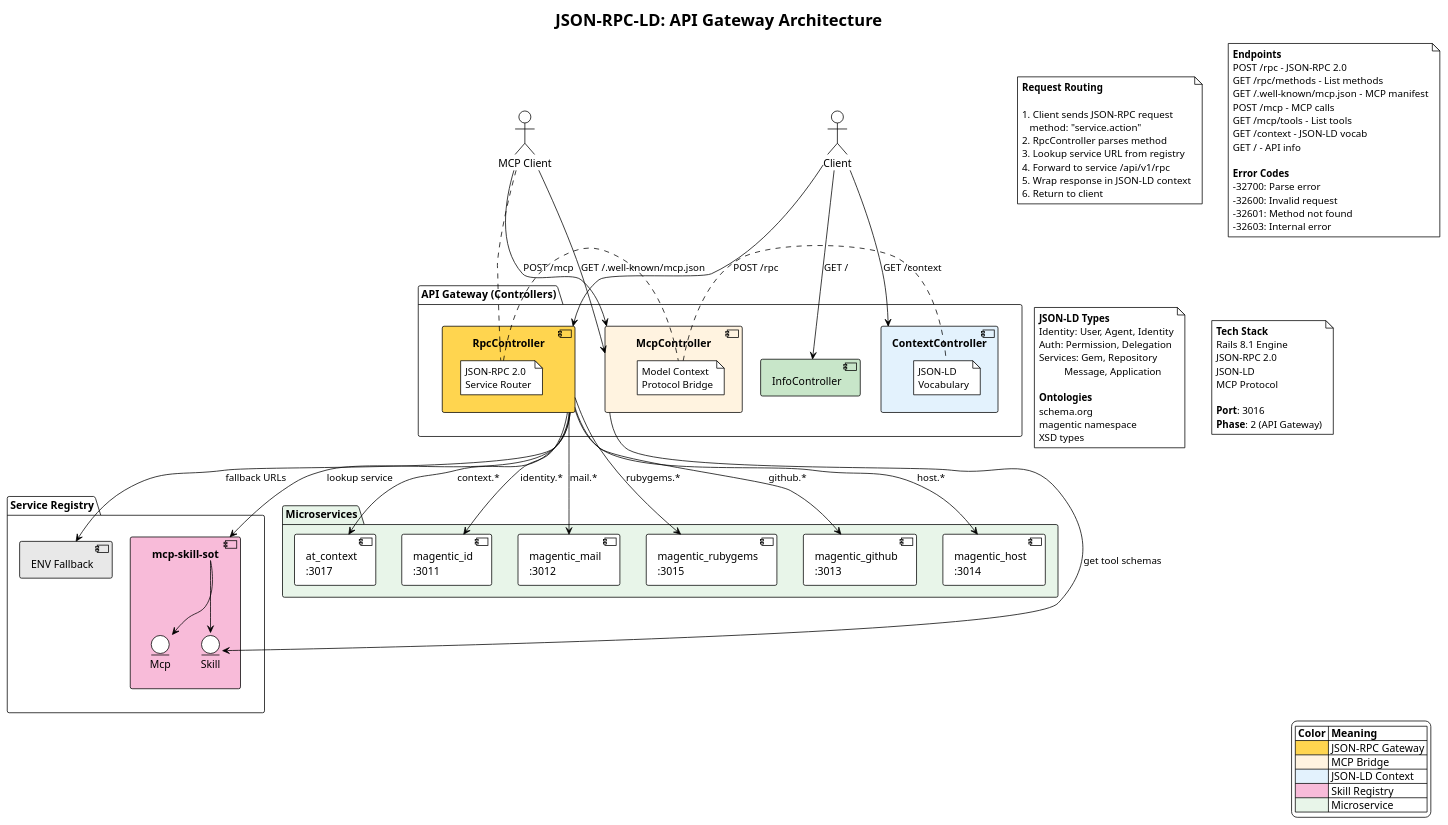
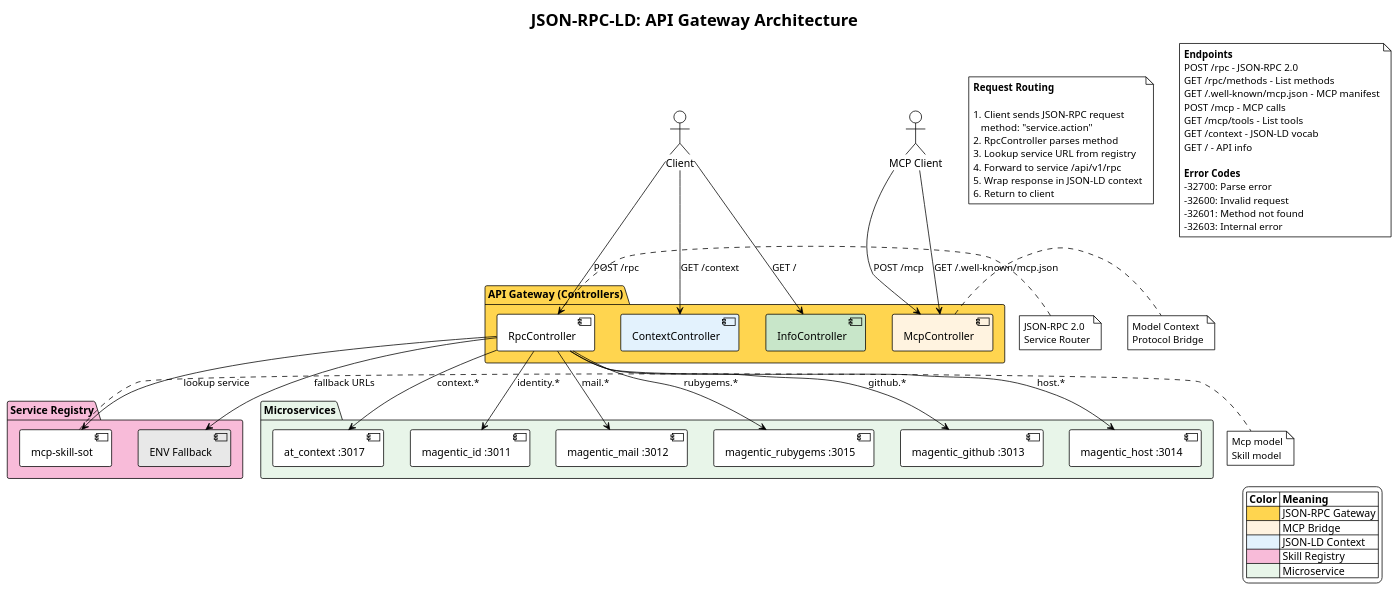
One commit to laquereric/json-rpc-ld changed the diagram in .claude/architecture.puml. Above: the diagram before and after it, drawn with PlantUML.

Commit message:
fix: use component syntax in PlantUML diagram
PlantUML entity syntax with fields doesn't work inside packages
when combined with !theme plain. Use components with notes instead.

```diff
--- a/.claude/architecture.puml
+++ b/.claude/architecture.puml
@@ -1,130 +1,107 @@
 @startuml JsonRpcLdArchitecture
 !theme plain
 title JSON-RPC-LD: API Gateway Architecture
 
 ' === ACTORS ===
 actor "Client" as client
 actor "MCP Client" as mcpClient
 
 ' === CONTROLLER LAYER ===
-package "API Gateway (Controllers)" {
-    component "RpcController" as rpcCtrl #ffd54f {
-        note right: JSON-RPC 2.0\nService Router
-    }
-    component "McpController" as mcpCtrl #fff3e0 {
-        note right: Model Context\nProtocol Bridge
-    }
-    component "ContextController" as ctxCtrl #e3f2fd {
-        note right: JSON-LD\nVocabulary
-    }
+package "API Gateway (Controllers)" #ffd54f {
+    component "RpcController" as rpcCtrl
+    component "McpController" as mcpCtrl #fff3e0
+    component "ContextController" as ctxCtrl #e3f2fd
     component "InfoController" as infoCtrl #c8e6c9
 }
 
+note right of rpcCtrl
+    JSON-RPC 2.0
+    Service Router
+end note
+
+note right of mcpCtrl
+    Model Context
+    Protocol Bridge
+end note
+
 ' === SERVICE DISCOVERY ===
-package "Service Registry" {
-    component "mcp-skill-sot" as skillSot #f8bbd9 {
-        entity "Mcp" as mcp
-        entity "Skill" as skill
-    }
+package "Service Registry" #f8bbd9 {
+    component "mcp-skill-sot" as skillSot
     component "ENV Fallback" as envFallback #e8e8e8
 }
 
+note right of skillSot
+    Mcp model
+    Skill model
+end note
+
 ' === DOWNSTREAM SERVICES ===
 package "Microservices" #e8f5e9 {
-    component "at_context\n:3017" as ctxSvc
-    component "magentic_id\n:3011" as idSvc
-    component "magentic_mail\n:3012" as mailSvc
-    component "magentic_rubygems\n:3015" as gemsSvc
-    component "magentic_github\n:3013" as gitSvc
-    component "magentic_host\n:3014" as hostSvc
+    component "at_context :3017" as ctxSvc
+    component "magentic_id :3011" as idSvc
+    component "magentic_mail :3012" as mailSvc
+    component "magentic_rubygems :3015" as gemsSvc
+    component "magentic_github :3013" as gitSvc
+    component "magentic_host :3014" as hostSvc
 }
 
 ' === CONNECTIONS ===
 client --> rpcCtrl : POST /rpc
 client --> ctxCtrl : GET /context
 client --> infoCtrl : GET /
 
 mcpClient --> mcpCtrl : POST /mcp
 mcpClient --> mcpCtrl : GET /.well-known/mcp.json
 
 rpcCtrl --> skillSot : lookup service
 rpcCtrl --> envFallback : fallback URLs
-skillSot --> mcp
-skillSot --> skill
 
 rpcCtrl --> ctxSvc : context.*
 rpcCtrl --> idSvc : identity.*
 rpcCtrl --> mailSvc : mail.*
 rpcCtrl --> gemsSvc : rubygems.*
 rpcCtrl --> gitSvc : github.*
 rpcCtrl --> hostSvc : host.*
-
-mcpCtrl --> skill : get tool schemas
 
 ' === REQUEST FLOW ===
 note as flow
     **Request Routing**
 
     1. Client sends JSON-RPC request
        method: "service.action"
     2. RpcController parses method
     3. Lookup service URL from registry
     4. Forward to service /api/v1/rpc
     5. Wrap response in JSON-LD context
     6. Return to client
 end note
 
 ' === API ENDPOINTS ===
 note as endpoints
     **Endpoints**
     POST /rpc - JSON-RPC 2.0
     GET /rpc/methods - List methods
     GET /.well-known/mcp.json - MCP manifest
     POST /mcp - MCP calls
     GET /mcp/tools - List tools
     GET /context - JSON-LD vocab
     GET / - API info
 
     **Error Codes**
     -32700: Parse error
     -32600: Invalid request
     -32601: Method not found
     -32603: Internal error
 end note
 
-' === JSON-LD CONTEXT ===
-note as context
-    **JSON-LD Types**
-    Identity: User, Agent, Identity
-    Auth: Permission, Delegation
-    Services: Gem, Repository
-              Message, Application
-
-    **Ontologies**
-    schema.org
-    magentic namespace
-    XSD types
-end note
-
 ' === LEGEND ===
 legend right
     |= Color |= Meaning |
     | <#ffd54f> | JSON-RPC Gateway |
     | <#fff3e0> | MCP Bridge |
     | <#e3f2fd> | JSON-LD Context |
     | <#f8bbd9> | Skill Registry |
     | <#e8f5e9> | Microservice |
 endlegend
 
-note as tech
-    **Tech Stack**
-    Rails 8.1 Engine
-    JSON-RPC 2.0
-    JSON-LD
-    MCP Protocol
-
-    **Port**: 3016
-    **Phase**: 2 (API Gateway)
-end note
-
 @enduml
```
